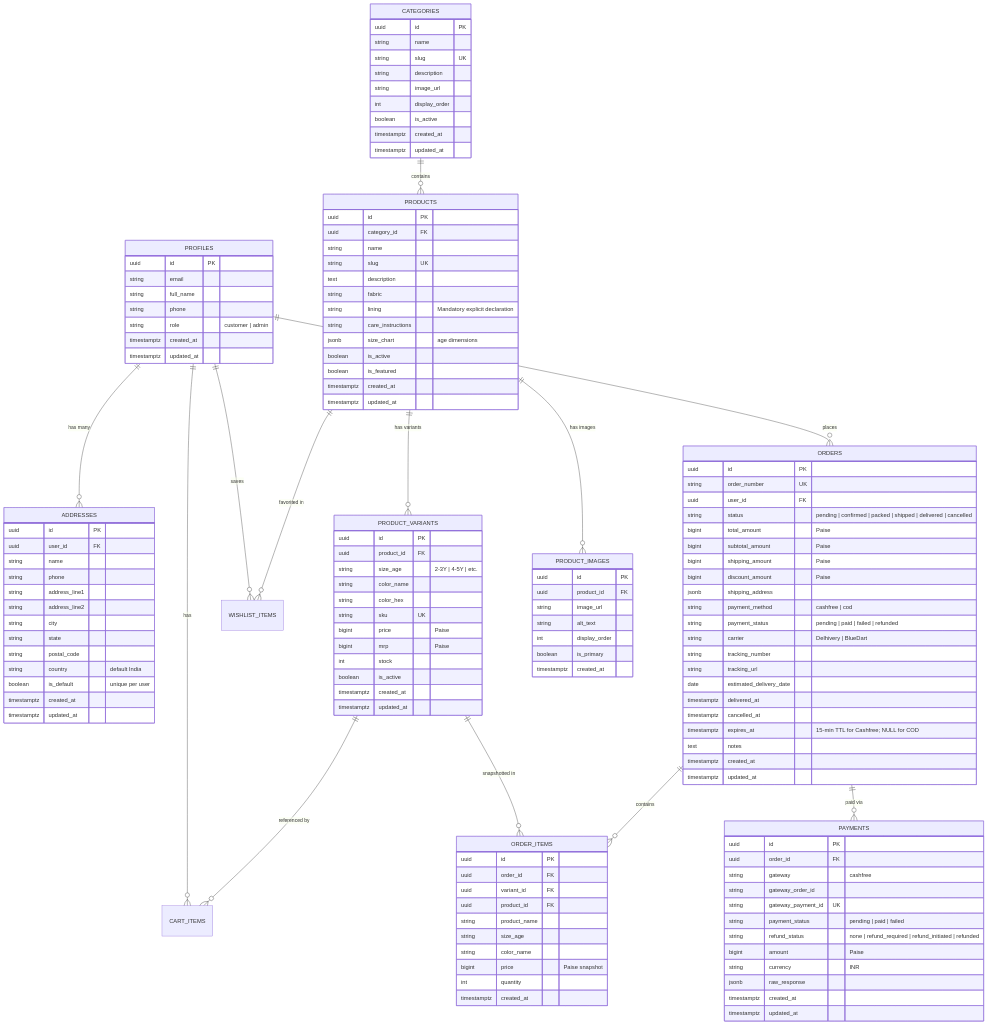
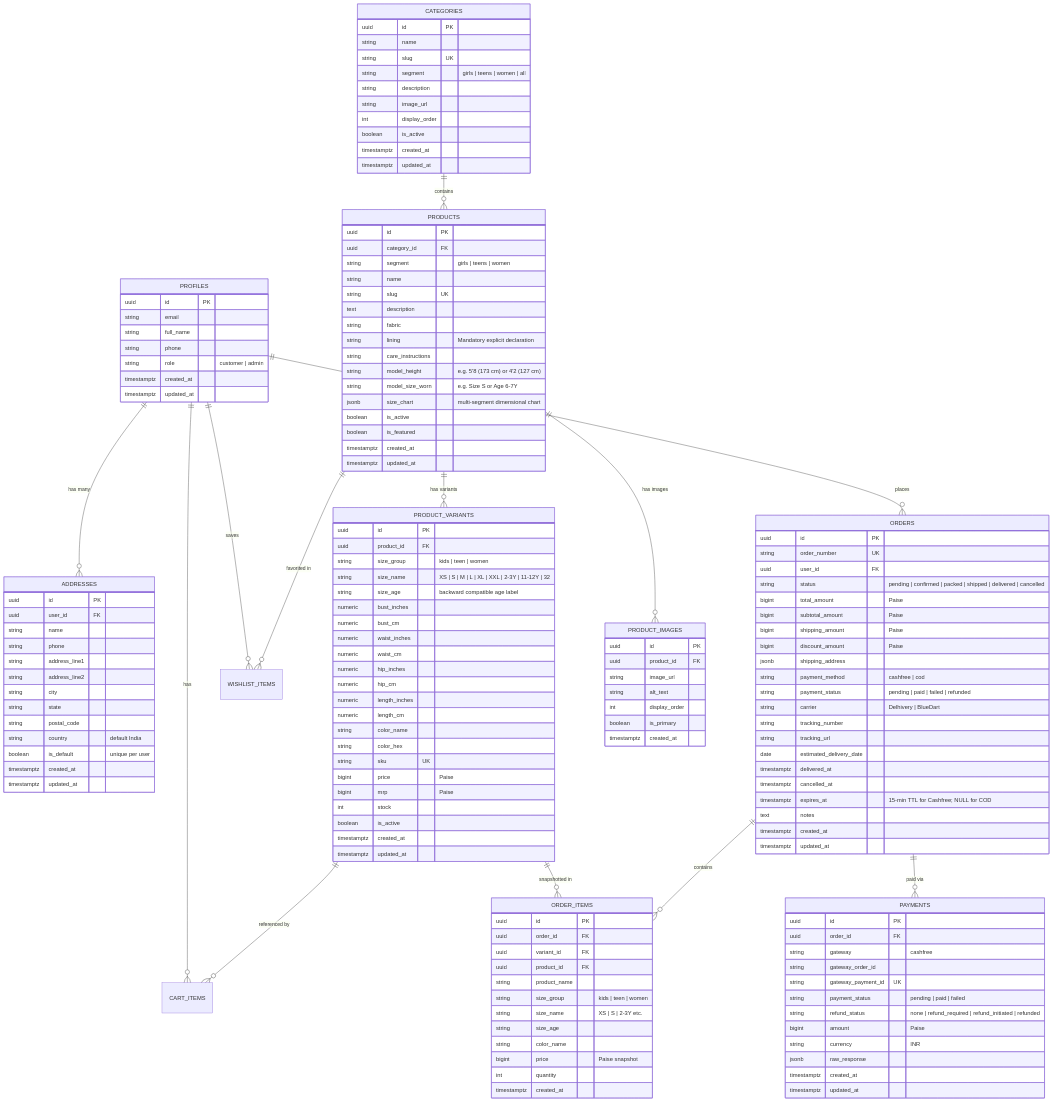
Before and after one commit to thrinnadhh/Varnam: the diagram in docs/architecture.md, drawn with Mermaid. The commit also changed other lines of this file and 17 other files, not shown here.

Commit message:
feat(storefront): implement multi-segment apparel catalog for women, teens, and girls with size charts and fit disclosures

```diff
--- a/docs/architecture.md
+++ b/docs/architecture.md
@@ -109,6 +112,7 @@
         uuid id PK
         string name
         string slug UK
+        string segment "girls | teens | women | all"
         string description
         string image_url
         int display_order
@@ -120,13 +124,16 @@
     PRODUCTS {
         uuid id PK
         uuid category_id FK
+        string segment "girls | teens | women"
         string name
         string slug UK
         text description
         string fabric
         string lining "Mandatory explicit declaration"
         string care_instructions
-        jsonb size_chart "age dimensions"
+        string model_height "e.g. 5'8 (173 cm) or 4'2 (127 cm)"
+        string model_size_worn "e.g. Size S or Age 6-7Y"
+        jsonb size_chart "multi-segment dimensional chart"
         boolean is_active
         boolean is_featured
         timestamptz created_at
@@ -136,7 +143,17 @@
     PRODUCT_VARIANTS {
         uuid id PK
         uuid product_id FK
-        string size_age "2-3Y | 4-5Y | etc."
+        string size_group "kids | teen | women"
+        string size_name "XS | S | M | L | XL | XXL | 2-3Y | 11-12Y | 32"
+        string size_age "backward compatible age label"
+        numeric bust_inches
+        numeric bust_cm
+        numeric waist_inches
+        numeric waist_cm
+        numeric hip_inches
+        numeric hip_cm
+        numeric length_inches
+        numeric length_cm
         string color_name
         string color_hex
         string sku UK
@@ -204,6 +221,8 @@
         uuid variant_id FK
         uuid product_id FK
         string product_name
+        string size_group "kids | teen | women"
+        string size_name "XS | S | 2-3Y etc."
         string size_age
         string color_name
         bigint price "Paise snapshot"
```
